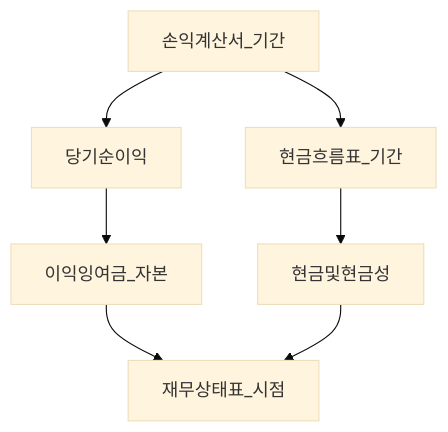
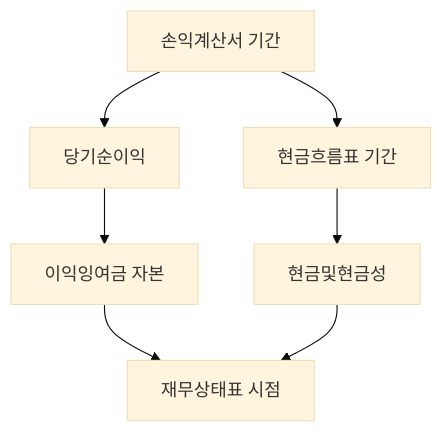
The first of 2 diagrams in 01-foundations/financial-statements-intro.md (goldanghenry/Finances), drawn with Mermaid (base theme) before and after one commit. The commit also changed other lines of this file and 211 other files, not shown here.

````diff
--- a/01-foundations/financial-statements-intro.md
+++ b/01-foundations/financial-statements-intro.md
@@ -129,9 +140,9 @@
 ```mermaid
 flowchart TB
-  IS[손익계산서_기간] --> NI[당기순이익]
-  NI --> RE[이익잉여금_자본]
-  RE --> BS[재무상태표_시점]
-  IS --> CF[현금흐름표_기간]
+  IS["손익계산서 기간"] --> NI[당기순이익]
+  NI --> RE["이익잉여금 자본"]
+  RE --> BS["재무상태표 시점"]
+  IS --> CF["현금흐름표 기간"]
   CF --> Cash[현금및현금성]
   Cash --> BS
 ```
````
